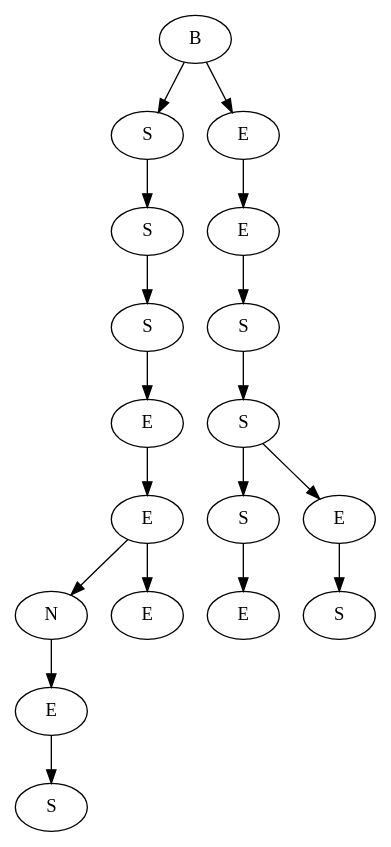
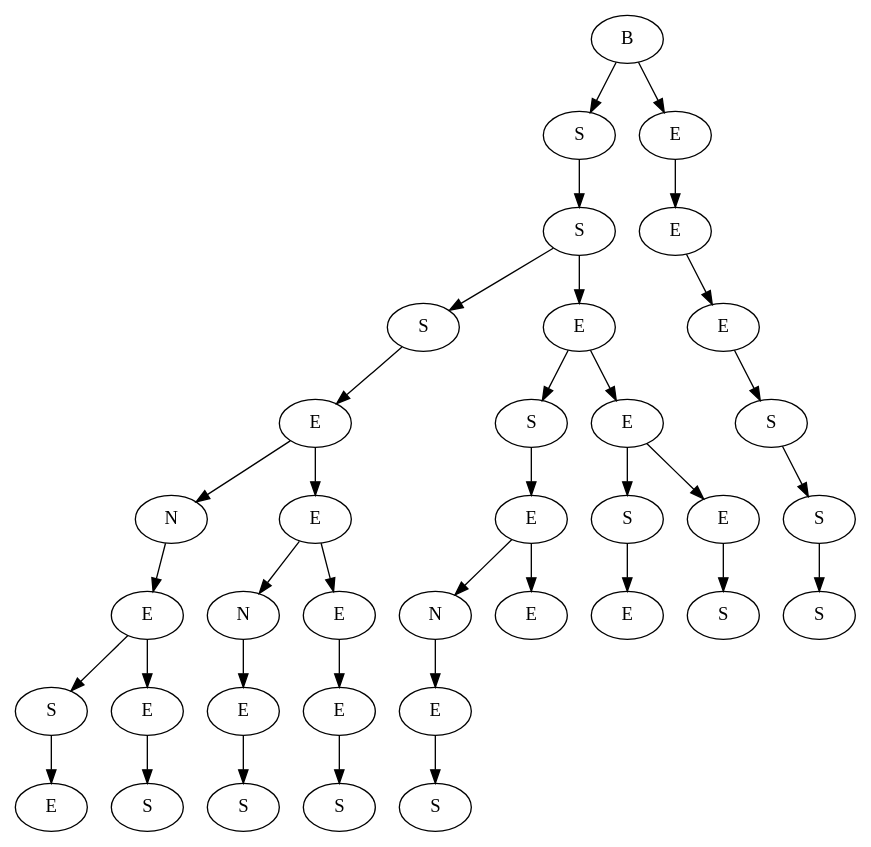
One commit to Iliyan0411/Data-Structures changed the diagram in Tom and Jerry/viz.dot. Above: the diagram before and after it, drawn with Graphviz. The commit also changed 3 other files, not shown here.

```diff
--- a/Tom and Jerry/viz.dot
+++ b/Tom and Jerry/viz.dot
@@ -1,37 +1,73 @@
 digraph G{
-17237320[label="S"]
-17288088[label="E"]
-17288088->17237320;
-17287472[label="N"]
-17287472->17288088;
-17284976[label="E"]
-17286856[label="E"]
-17286856->17287472;
-17286856->17284976;
-17286240[label="E"]
-17286240->17286856;
-17285624[label="S"]
-17285624->17286240;
-17285008[label="S"]
-17285008->17285624;
-17265288[label="S"]
-17265288->17285008;
-17288376[label="E"]
-17287016[label="S"]
-17287016->17288376;
-17288184[label="S"]
-17288400[label="E"]
-17288400->17288184;
-17288048[label="S"]
-17288048->17287016;
-17288048->17288400;
-17286912[label="S"]
-17286912->17288048;
-17286200[label="E"]
-17286200->17286912;
-17285584[label="E"]
-17285584->17286200;
-17265264[label="B"]
-17265264->17265288;
-17265264->17285584;
+16302096[label="E"]
+16302040[label="S"]
+16302040->16302096;
+16303568[label="S"]
+16302480[label="E"]
+16302480->16303568;
+16301984[label="E"]
+16301984->16302040;
+16301984->16302480;
+16301928[label="N"]
+16301928->16301984;
+16298048[label="S"]
+16298024[label="E"]
+16298024->16298048;
+16282056[label="N"]
+16282056->16298024;
+16298232[label="S"]
+16298544[label="E"]
+16298544->16298232;
+16298376[label="E"]
+16298376->16298544;
+16296160[label="E"]
+16296160->16282056;
+16296160->16298376;
+16254160[label="E"]
+16254160->16301928;
+16254160->16296160;
+16281848[label="S"]
+16281848->16254160;
+16298520[label="S"]
+16298184[label="E"]
+16298184->16298520;
+16298136[label="N"]
+16298136->16298184;
+16298568[label="E"]
+16298496[label="E"]
+16298496->16298136;
+16298496->16298568;
+16298400[label="S"]
+16298400->16298496;
+16298256[label="E"]
+16298160[label="S"]
+16298160->16298256;
+16298328[label="S"]
+16298280[label="E"]
+16298280->16298328;
+16298112[label="E"]
+16298112->16298160;
+16298112->16298280;
+16298208[label="E"]
+16298208->16298400;
+16298208->16298112;
+16254280[label="S"]
+16254280->16281848;
+16254280->16298208;
+16297712[label="S"]
+16297712->16254280;
+16299360[label="S"]
+16298448[label="S"]
+16298448->16299360;
+16298424[label="S"]
+16298424->16298448;
+16298304[label="E"]
+16298304->16298424;
+16298472[label="E"]
+16298472->16298304;
+16298352[label="E"]
+16298352->16298472;
+16254368[label="B"]
+16254368->16297712;
+16254368->16298352;
 }
```
